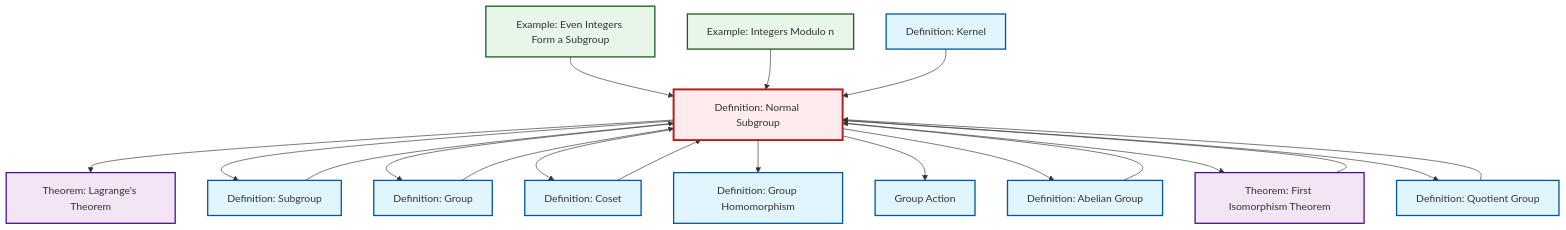
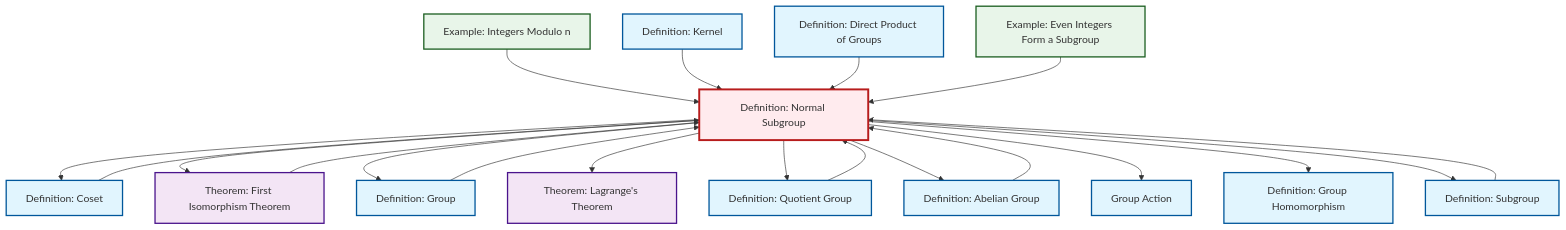
One commit to RK0429/ModernMath changed the diagram in output/mermaid/def-normal-subgroup.mermaid. Above: the diagram before and after it, drawn with Mermaid. The commit also changed 360 other files, not shown here.

```diff
--- a/output/mermaid/def-normal-subgroup.mermaid
+++ b/output/mermaid/def-normal-subgroup.mermaid
@@ -1,39 +1,41 @@
 %%| fig-cap: "Local dependency graph"
 graph TD
     classDef definition fill:#e1f5fe,stroke:#01579b,stroke-width:2px
     classDef theorem fill:#f3e5f5,stroke:#4a148c,stroke-width:2px
     classDef axiom fill:#fff3e0,stroke:#e65100,stroke-width:2px
     classDef example fill:#e8f5e9,stroke:#1b5e20,stroke-width:2px
     classDef current fill:#ffebee,stroke:#b71c1c,stroke-width:3px
-    ex-quotient-integers-mod-n["Example: Integers Modulo n"]:::example
+    def-normal-subgroup["Definition: Normal Subgroup"]:::definition
+    def-quotient-group["Definition: Quotient Group"]:::definition
+    ex-even-integers-subgroup["Example: Even Integers Form a Subgroup"]:::example
     def-abelian-group["Definition: Abelian Group"]:::definition
-    def-normal-subgroup["Definition: Normal Subgroup"]:::definition
+    thm-lagrange["Theorem: Lagrange's Theorem"]:::theorem
+    def-homomorphism["Definition: Group Homomorphism"]:::definition
+    def-coset["Definition: Coset"]:::definition
     thm-first-isomorphism["Theorem: First Isomorphism Theorem"]:::theorem
     def-kernel["Definition: Kernel"]:::definition
-    ex-even-integers-subgroup["Example: Even Integers Form a Subgroup"]:::example
+    ex-quotient-integers-mod-n["Example: Integers Modulo n"]:::example
+    def-group-action["Group Action"]:::definition
+    def-direct-product["Definition: Direct Product of Groups"]:::definition
+    def-group["Definition: Group"]:::definition
     def-subgroup["Definition: Subgroup"]:::definition
-    def-coset["Definition: Coset"]:::definition
-    def-group["Definition: Group"]:::definition
-    def-homomorphism["Definition: Group Homomorphism"]:::definition
-    thm-lagrange["Theorem: Lagrange's Theorem"]:::theorem
-    def-group-action["Group Action"]:::definition
-    def-quotient-group["Definition: Quotient Group"]:::definition
+    def-normal-subgroup --> def-coset
+    ex-quotient-integers-mod-n --> def-normal-subgroup
+    def-normal-subgroup --> thm-first-isomorphism
+    def-kernel --> def-normal-subgroup
+    def-coset --> def-normal-subgroup
+    def-normal-subgroup --> def-group
+    def-group --> def-normal-subgroup
     def-normal-subgroup --> thm-lagrange
+    def-quotient-group --> def-normal-subgroup
+    def-normal-subgroup --> def-quotient-group
+    def-normal-subgroup --> def-abelian-group
+    def-direct-product --> def-normal-subgroup
+    def-normal-subgroup --> def-group-action
+    ex-even-integers-subgroup --> def-normal-subgroup
+    def-normal-subgroup --> def-homomorphism
+    def-abelian-group --> def-normal-subgroup
+    thm-first-isomorphism --> def-normal-subgroup
+    def-subgroup --> def-normal-subgroup
     def-normal-subgroup --> def-subgroup
-    def-normal-subgroup --> def-group
-    def-quotient-group --> def-normal-subgroup
-    def-abelian-group --> def-normal-subgroup
-    ex-even-integers-subgroup --> def-normal-subgroup
-    def-normal-subgroup --> def-coset
-    def-normal-subgroup --> def-homomorphism
-    def-normal-subgroup --> def-group-action
-    def-normal-subgroup --> def-abelian-group
-    def-normal-subgroup --> thm-first-isomorphism
-    thm-first-isomorphism --> def-normal-subgroup
-    def-coset --> def-normal-subgroup
-    ex-quotient-integers-mod-n --> def-normal-subgroup
-    def-kernel --> def-normal-subgroup
-    def-group --> def-normal-subgroup
-    def-subgroup --> def-normal-subgroup
-    def-normal-subgroup --> def-quotient-group
     class def-normal-subgroup current
```
